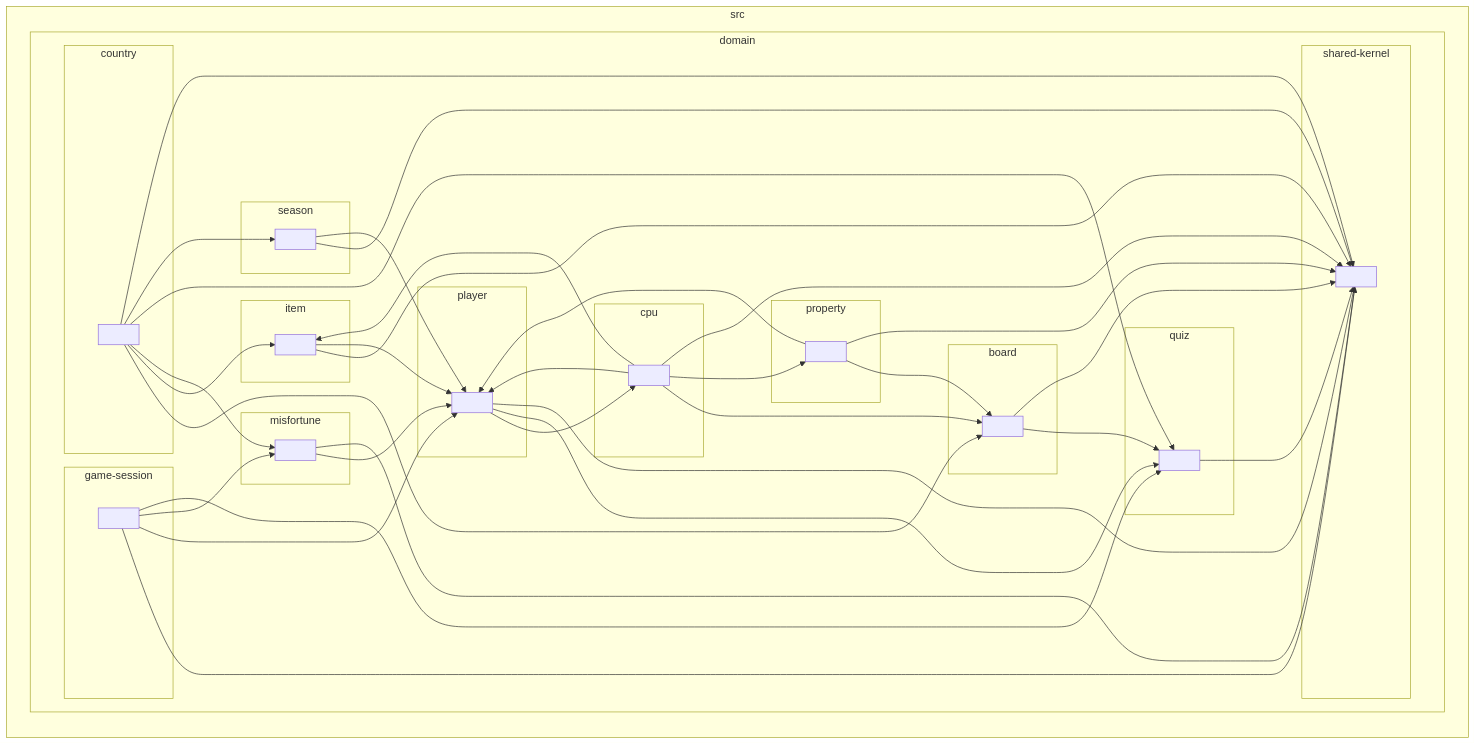
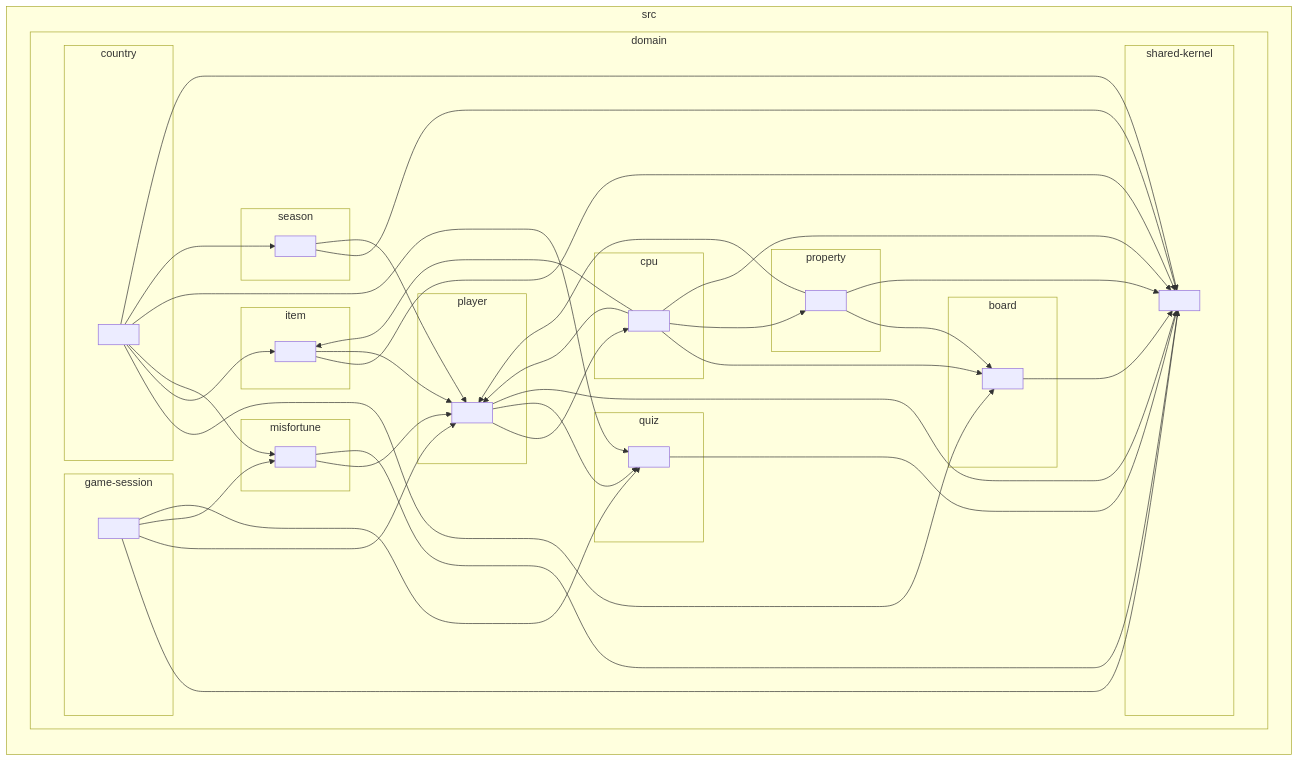
One commit to t29mato/grand-express changed the third of 3 diagrams in docs/10-architecture/06-dependency-graph.md. Above: the diagram before and after it, drawn with Mermaid. The commit also changed other lines of this file and 36 other files, not shown here.

````diff
--- a/docs/10-architecture/06-dependency-graph.md
+++ b/docs/10-architecture/06-dependency-graph.md
@@ -287,71 +286,70 @@
 ```mermaid
 flowchart LR
 
 subgraph 0["src"]
 subgraph 1["domain"]
 subgraph 2["board"]
 3[" "]
 end
 subgraph 4["country"]
 5[" "]
 end
 subgraph 6["cpu"]
 7[" "]
 end
 subgraph 8["game-session"]
 9[" "]
 end
 subgraph A["item"]
 B[" "]
 end
 subgraph C["misfortune"]
 D[" "]
 end
 subgraph E["player"]
 F[" "]
 end
 subgraph G["property"]
 H[" "]
 end
 subgraph I["quiz"]
 J[" "]
 end
 subgraph K["season"]
 L[" "]
 end
 subgraph M["shared-kernel"]
 N[" "]
 end
 end
 end
-3-->J
 3-->N
 5-->3
 5-->B
 5-->D
 5-->J
 5-->L
 5-->N
 7-->3
 7-->F
 7-->H
 7-->N
 7-->B
 9-->N
 9-->F
 9-->D
 9-->J
 B-->N
 B-->F
 D-->F
 D-->N
 F-->7
 F-->J
 F-->N
 H-->3
 H-->F
 H-->N
 J-->N
 L-->N
 L-->F
 ```
````
